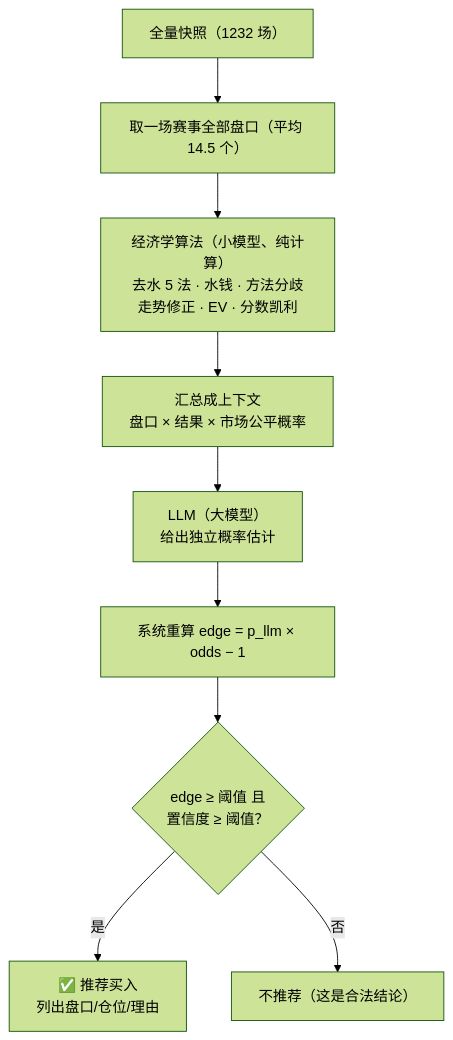
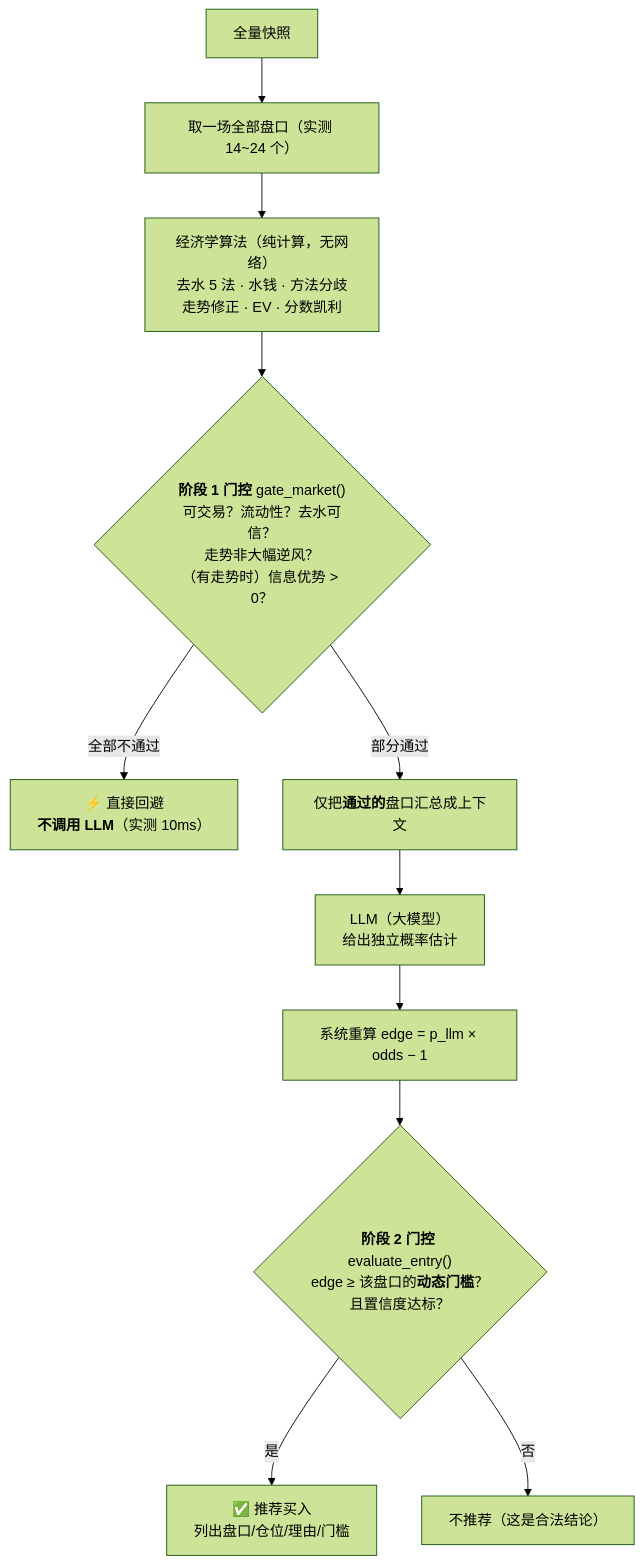
Before and after one commit to 1420970597/ai_football: the eighth of 8 diagrams in README.md, drawn with Mermaid (forest theme). The commit also changed other lines of this file and 5 other files, not shown here.

````diff
--- a/README.md
+++ b/README.md
@@ -601,11 +607,13 @@
 ```mermaid
 flowchart TD
-    A["全量快照（1232 场）"] --> B["取一场赛事全部盘口（平均 14.5 个）"]
-    B --> C["经济学算法（小模型、纯计算）<br/>去水 5 法 · 水钱 · 方法分歧<br/>走势修正 · EV · 分数凯利"]
-    C --> D["汇总成上下文<br/>盘口 × 结果 × 市场公平概率"]
+    A["全量快照"] --> B["取一场全部盘口（实测 14~24 个）"]
+    B --> C["经济学算法（纯计算，无网络）<br/>去水 5 法 · 水钱 · 方法分歧<br/>走势修正 · EV · 分数凯利"]
+    C --> G1{"<b>阶段 1 门控</b> gate_market()<br/>可交易？流动性？去水可信？<br/>走势非大幅逆风？<br/>（有走势时）信息优势 > 0？"}
+    G1 -->|"全部不通过"| X["⚡ 直接回避<br/><b>不调用 LLM</b>（实测 10ms）"]
+    G1 -->|"部分通过"| D["仅把<b>通过的</b>盘口汇总成上下文"]
     D --> E["LLM（大模型）<br/>给出独立概率估计"]
     E --> F["系统重算 edge = p_llm × odds − 1"]
-    F --> G{"edge ≥ 阈值 且<br/>置信度 ≥ 阈值？"}
-    G -->|是| H["✅ 推荐买入<br/>列出盘口/仓位/理由"]
-    G -->|否| I["不推荐（这是合法结论）"]
+    F --> G2{"<b>阶段 2 门控</b> evaluate_entry()<br/>edge ≥ 该盘口的<b>动态门槛</b>？<br/>且置信度达标？"}
+    G2 -->|是| H["✅ 推荐买入<br/>列出盘口/仓位/理由/门槛"]
+    G2 -->|否| I["不推荐（这是合法结论）"]
 ```
````
